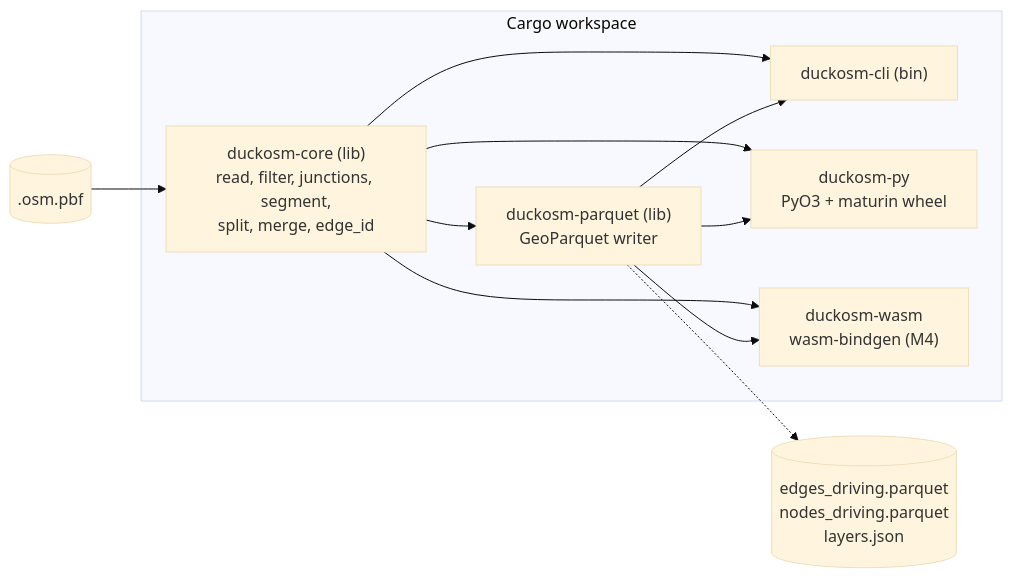
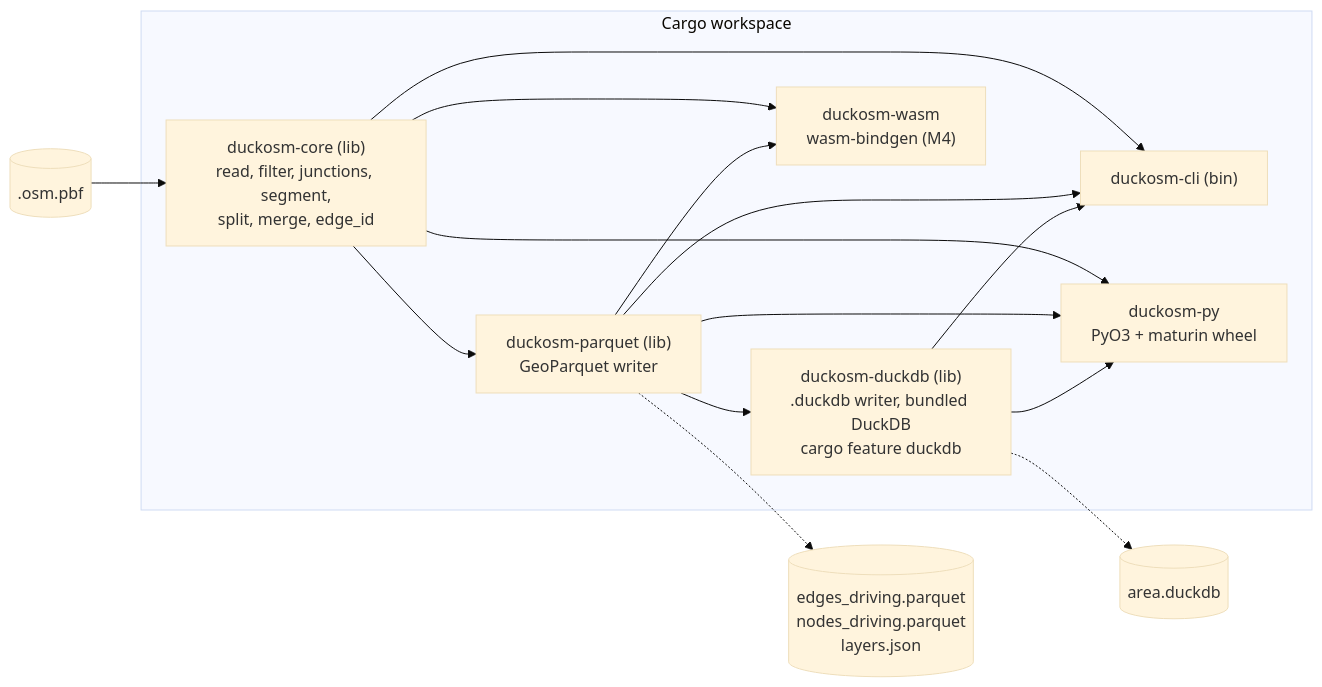
The diagram in docs/design.md (Khoshkhah/duckosm-rust), drawn with Mermaid (base theme) before and after one commit. The commit also changed other lines of this file and 2 other files, not shown here.

First line of the commit message:
Design: the DuckDB output is an optional cargo feature

````diff
--- a/docs/design.md
+++ b/docs/design.md
@@ -80,19 +84,24 @@
 ```mermaid
 flowchart LR
     PBF[(".osm.pbf")] --> CORE
     subgraph WS["Cargo workspace"]
         CORE["duckosm-core (lib)<br/>read, filter, junctions, segment,<br/>split, merge, edge_id"]
         PQ["duckosm-parquet (lib)<br/>GeoParquet writer"]
+        DB["duckosm-duckdb (lib)<br/>.duckdb writer, bundled DuckDB<br/>cargo feature duckdb"]
         CLI["duckosm-cli (bin)"]
         PY["duckosm-py<br/>PyO3 + maturin wheel"]
         WASM["duckosm-wasm<br/>wasm-bindgen (M4)"]
         CORE --> PQ
+        PQ --> DB
         CORE --> CLI
         PQ --> CLI
+        DB --> CLI
         CORE --> PY
         PQ --> PY
+        DB --> PY
         CORE --> WASM
         PQ --> WASM
     end
+    DB -.-> OUTDB[("area.duckdb")]
     PQ -.-> OUT[("edges_driving.parquet<br/>nodes_driving.parquet<br/>layers.json")]
 ```
````
